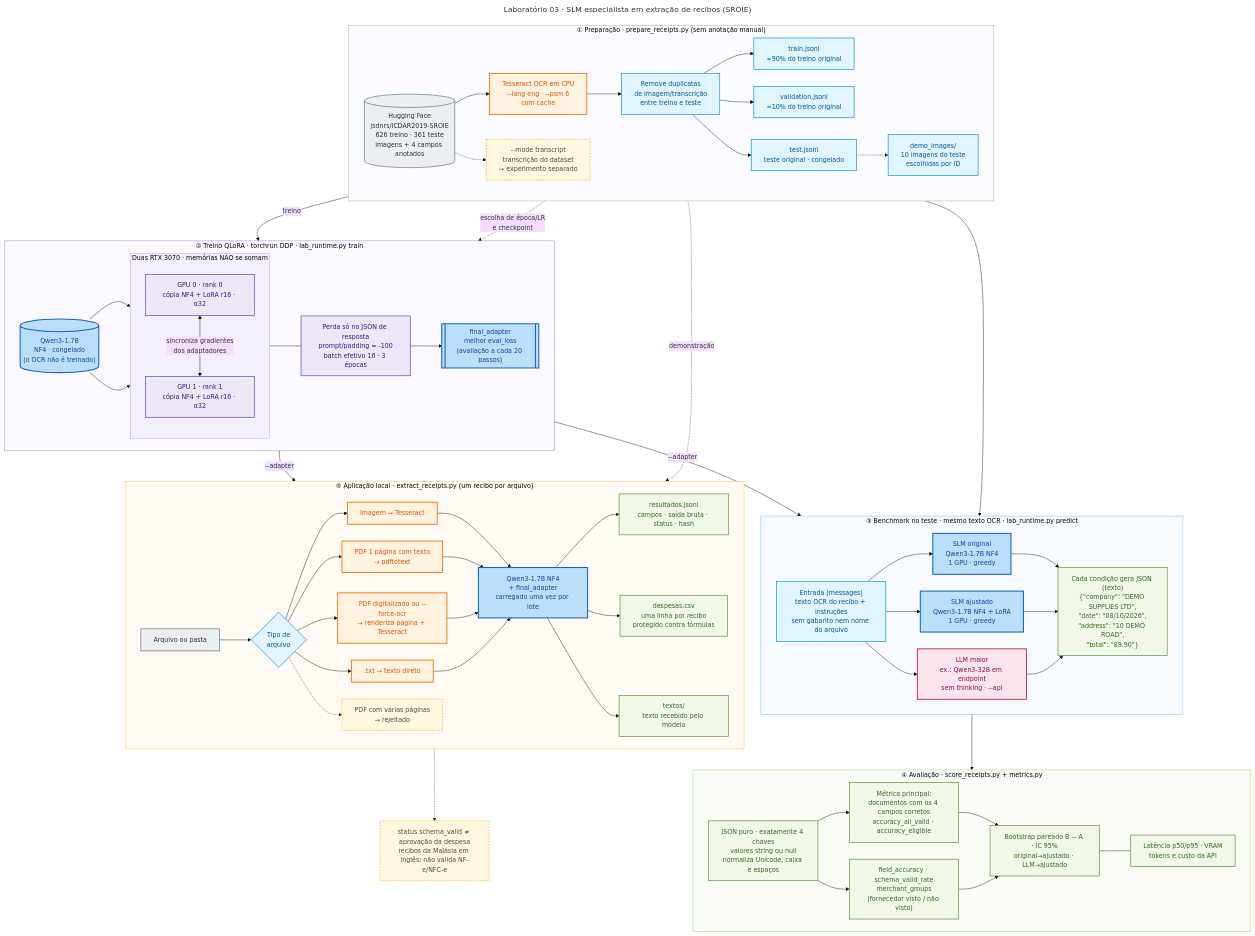
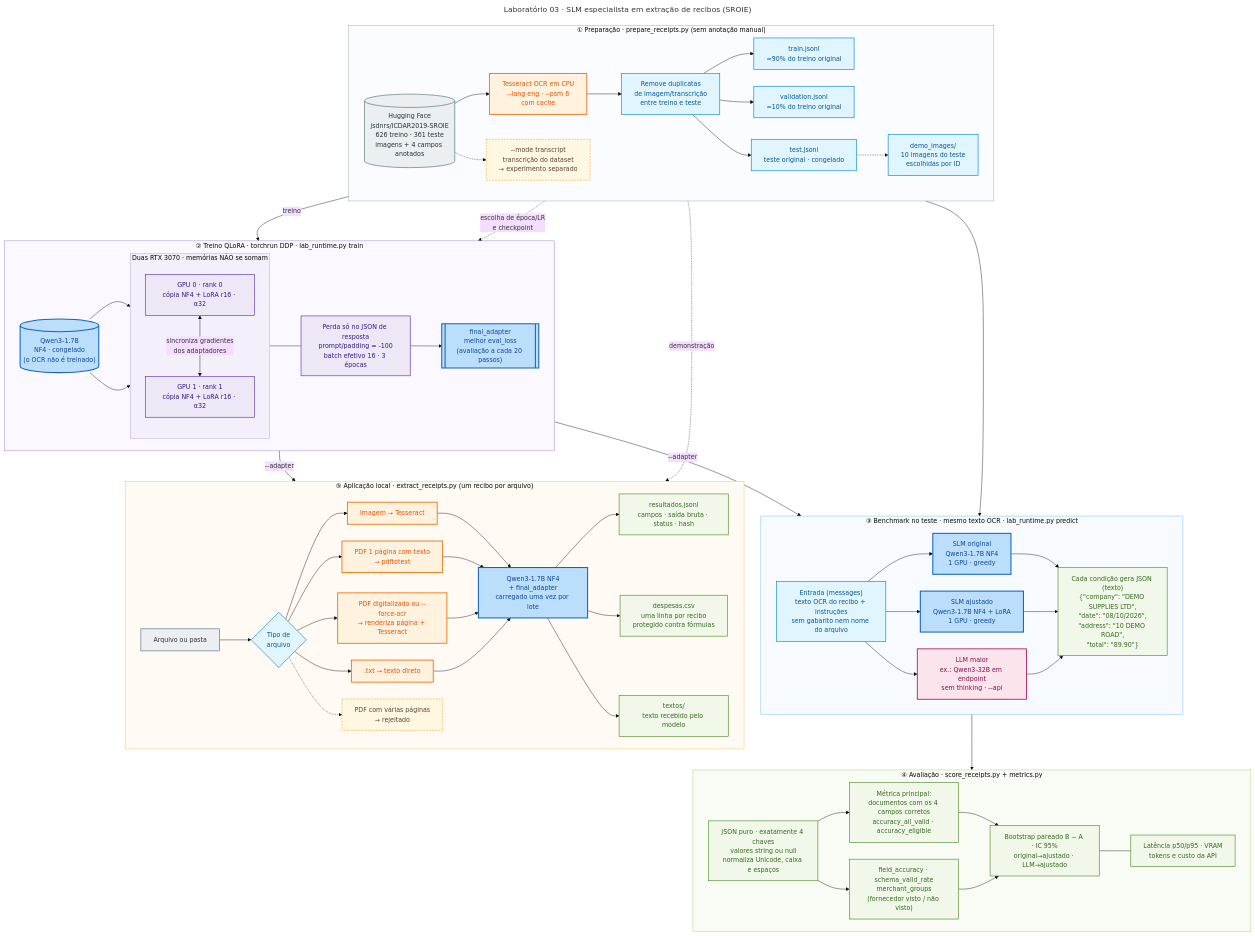
The diagram in diagramas/laboratorio-03-recibos.mmd (damico/slm-lab), drawn with Mermaid before and after one commit. The commit also changed 7 other files, not shown here.

Commit message:
Remove dos diagramas os elementos fora do escopo dos laboratórios

```diff
--- a/diagramas/laboratorio-03-recibos.mmd
+++ b/diagramas/laboratorio-03-recibos.mmd
@@ -1,120 +1,118 @@
 ---
 title: "Laboratório 03 · SLM especialista em extração de recibos (SROIE)"
 config:
   theme: base
   themeVariables:
     fontFamily: "Arial, Helvetica, sans-serif"
     fontSize: "15px"
   flowchart:
     curve: basis
     nodeSpacing: 40
     rankSpacing: 50
 ---
 flowchart TB
     classDef src fill:#eceff1,stroke:#546e7a,stroke-width:1.5px,color:#263238;
     classDef data fill:#e1f5fe,stroke:#0288d1,stroke-width:1.5px,color:#01579b;
     classDef gpu fill:#ede7f6,stroke:#5e35b1,stroke-width:1.5px,color:#311b92;
     classDef model fill:#bbdefb,stroke:#1565c0,stroke-width:2.5px,color:#0d47a1;
     classDef llm fill:#fce4ec,stroke:#ad1457,stroke-width:2px,color:#880e4f;
     classDef out fill:#f1f8e9,stroke:#558b2f,stroke-width:1.5px,color:#33691e;
     classDef ocr fill:#fff3e0,stroke:#ef6c00,stroke-width:2px,color:#e65100;
     classDef warn fill:#fff8e1,stroke:#f9a825,stroke-width:1.5px,stroke-dasharray:4 3,color:#5d4037;
 
     %% ---------- 1. PREPARAÇÃO ----------
     subgraph P["① Preparação · prepare_receipts.py (sem anotação manual)"]
         direction LR
         HF[("Hugging Face<br/>jsdnrs/ICDAR2019-SROIE<br/>626 treino · 361 teste<br/>imagens + 4 campos anotados")]:::src
         OCR["Tesseract OCR em CPU<br/>--lang eng · --psm 6<br/>com cache"]:::ocr
         DED["Remove duplicatas<br/>de imagem/transcrição<br/>entre treino e teste"]:::data
         TR["train.jsonl<br/>≈90% do treino original"]:::data
         VA["validation.jsonl<br/>≈10% do treino original"]:::data
         TE["test.jsonl<br/>teste original · congelado"]:::data
         DM["demo_images/<br/>10 imagens do teste<br/>escolhidas por ID"]:::data
         TX["--mode transcript<br/>transcrição do dataset<br/>→ experimento separado"]:::warn
         HF --> OCR --> DED
         DED --> TR & VA & TE
         TE -.-> DM
         HF -.-> TX
     end
 
     %% ---------- 2. TREINO ----------
     subgraph T["② Treino QLoRA · torchrun DDP · lab_runtime.py train"]
         direction LR
         BASE[("Qwen3-1.7B<br/>NF4 · congelado<br/>(o OCR não é treinado)")]:::model
         subgraph G["Duas RTX 3070 · memórias NÃO se somam"]
             direction TB
             G0["GPU 0 · rank 0<br/>cópia NF4 + LoRA r16 · α32"]:::gpu
             G1["GPU 1 · rank 1<br/>cópia NF4 + LoRA r16 · α32"]:::gpu
             G0 <-->|"sincroniza gradientes<br/>dos adaptadores"| G1
         end
         LOSS["Perda só no JSON de resposta<br/>prompt/padding = -100<br/>batch efetivo 16 · 3 épocas"]:::gpu
         ADP[["final_adapter<br/>melhor eval_loss<br/>(avaliação a cada 20 passos)"]]:::model
         BASE --> G0 & G1
         G --- LOSS
         LOSS --> ADP
     end
 
     %% ---------- 3. INFERÊNCIA ----------
     subgraph I["③ Benchmark no teste · mesmo texto OCR · lab_runtime.py predict"]
         direction LR
         EX["Entrada (messages)<br/>texto OCR do recibo + instruções<br/>sem gabarito nem nome do arquivo"]:::data
         C1["SLM original<br/>Qwen3-1.7B NF4<br/>1 GPU · greedy"]:::model
         C2["SLM ajustado<br/>Qwen3-1.7B NF4 + LoRA<br/>1 GPU · greedy"]:::model
         C3["LLM maior<br/>ex.: Qwen3-32B em endpoint<br/>sem thinking · --api"]:::llm
         Y["Cada condição gera JSON (texto)<br/>#123;#quot;company#quot;: #quot;DEMO SUPPLIES LTD#quot;,<br/>#quot;date#quot;: #quot;08/10/2026#quot;,<br/>#quot;address#quot;: #quot;10 DEMO ROAD#quot;,<br/>#quot;total#quot;: #quot;89.90#quot;#125;"]:::out
         EX --> C1 & C2 & C3
         C1 & C2 & C3 --> Y
     end
 
     %% ---------- 4. AVALIAÇÃO ----------
     subgraph A["④ Avaliação · score_receipts.py + metrics.py"]
         direction LR
         SC["JSON puro · exatamente 4 chaves<br/>valores string ou null<br/>normaliza Unicode, caixa e espaços"]:::out
         M1["Métrica principal:<br/>documentos com os 4 campos corretos<br/>accuracy_all_valid · accuracy_eligible"]:::out
         M2["field_accuracy · schema_valid_rate<br/>merchant_groups<br/>(fornecedor visto / não visto)"]:::out
         M3["Bootstrap pareado B − A · IC 95%<br/>original→ajustado · LLM→ajustado"]:::out
         M4["Latência p50/p95 · VRAM<br/>tokens e custo da API"]:::out
         SC --> M1 & M2
         M1 --> M3
         M2 --> M3
         M3 --- M4
     end
 
     %% ---------- 5. APLICAÇÃO ----------
     subgraph X["⑤ Aplicação local · extract_receipts.py (um recibo por arquivo)"]
         direction LR
         IN["Arquivo ou pasta"]:::src
         R{"Tipo de<br/>arquivo"}:::data
         IMG["Imagem → Tesseract"]:::ocr
         PDT["PDF 1 página com texto<br/>→ pdftotext"]:::ocr
         PSC["PDF digitalizado ou --force-ocr<br/>→ renderiza página + Tesseract"]:::ocr
         TXT[".txt → texto direto"]:::ocr
         REJ["PDF com várias páginas<br/>→ rejeitado"]:::warn
         MOD["Qwen3-1.7B NF4<br/>+ final_adapter<br/>carregado uma vez por lote"]:::model
         O1["resultados.jsonl<br/>campos · saída bruta · status · hash"]:::out
         O2["despesas.csv<br/>uma linha por recibo<br/>protegido contra fórmulas"]:::out
         O3["textos/<br/>texto recebido pelo modelo"]:::out
         IN --> R
         R --> IMG & PDT & PSC & TXT
         R -.-> REJ
         IMG & PDT & PSC & TXT --> MOD
         MOD --> O1 & O2 & O3
     end
 
     TR -->|treino| T
     VA -.->|escolha de época/LR<br/>e checkpoint| T
     TE --> EX
     ADP -->|--adapter| C2
     Y --> SC
     ADP -->|--adapter| MOD
     DM -.->|demonstração| IN
 
-    NOTE["status schema_valid ≠ aprovação da despesa<br/>recibos da Malásia em inglês: não valida NF-e/NFC-e"]:::warn
-    O2 -.-> NOTE
 
     style P fill:#fafcff,stroke:#90a4ae,stroke-width:1px
     style T fill:#fbf9ff,stroke:#9575cd,stroke-width:1px
     style G fill:#f3effb,stroke:#b39ddb,stroke-width:1px
     style I fill:#f7fbff,stroke:#64b5f6,stroke-width:1px
     style A fill:#f9fcf5,stroke:#9ccc65,stroke-width:1px
     style X fill:#fffaf3,stroke:#ffb74d,stroke-width:1px
```
